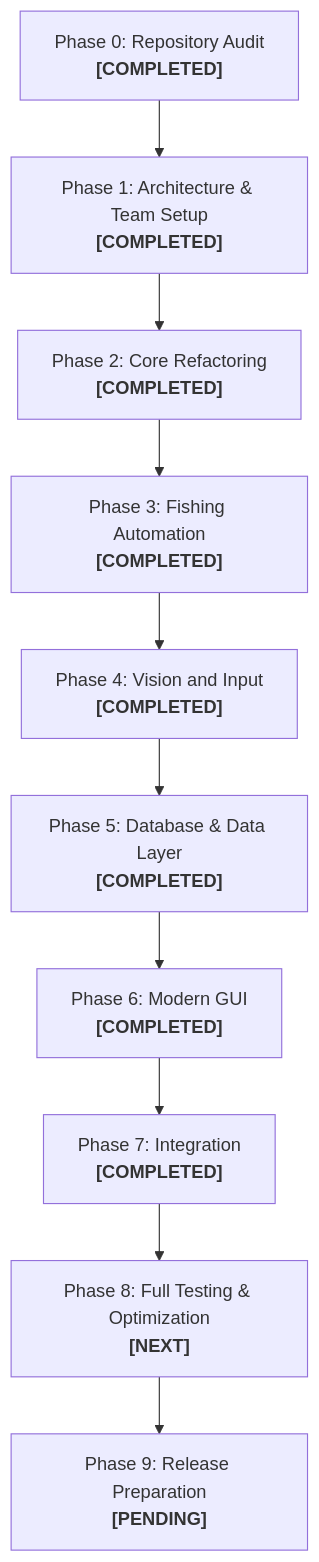
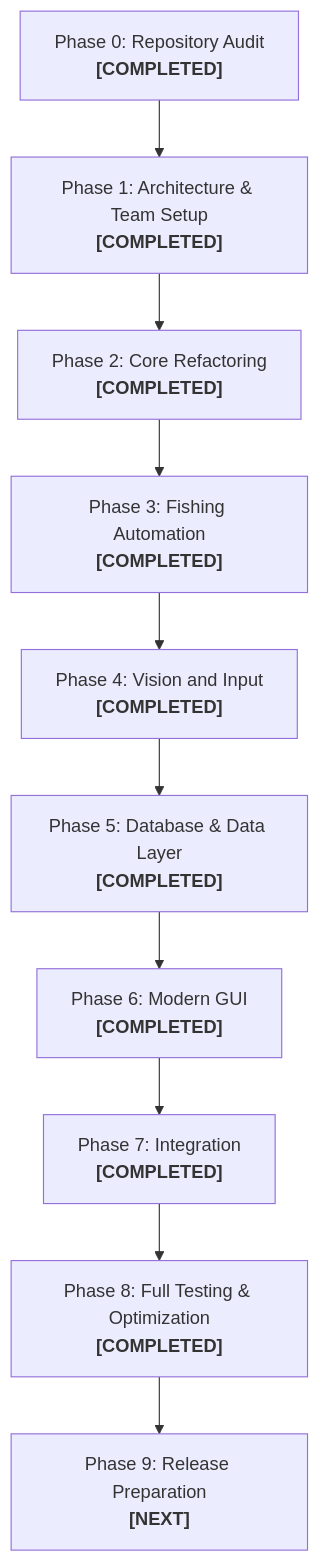
Before and after one commit to 69030304-bot/fisch_macro: the diagram in docs/ROADMAP.md, drawn with Mermaid. The commit also changed other lines of this file and 6 other files, not shown here.

````diff
--- a/docs/ROADMAP.md
+++ b/docs/ROADMAP.md
@@ -12,12 +12,12 @@
 ```mermaid
 flowchart TD
     P0["Phase 0: Repository Audit<br/><b>[COMPLETED]</b>"] --> P1["Phase 1: Architecture & Team Setup<br/><b>[COMPLETED]</b>"]
     P1 --> P2["Phase 2: Core Refactoring<br/><b>[COMPLETED]</b>"]
     P2 --> P3["Phase 3: Fishing Automation<br/><b>[COMPLETED]</b>"]
     P3 --> P4["Phase 4: Vision and Input<br/><b>[COMPLETED]</b>"]
     P4 --> P5["Phase 5: Database & Data Layer<br/><b>[COMPLETED]</b>"]
     P5 --> P6["Phase 6: Modern GUI<br/><b>[COMPLETED]</b>"]
     P6 --> P7["Phase 7: Integration<br/><b>[COMPLETED]</b>"]
-    P7 --> P8["Phase 8: Full Testing & Optimization<br/><b>[NEXT]</b>"]
-    P8 --> P9["Phase 9: Release Preparation<br/><b>[PENDING]</b>"]
+    P7 --> P8["Phase 8: Full Testing & Optimization<br/><b>[COMPLETED]</b>"]
+    P8 --> P9["Phase 9: Release Preparation<br/><b>[NEXT]</b>"]
 ```
````
